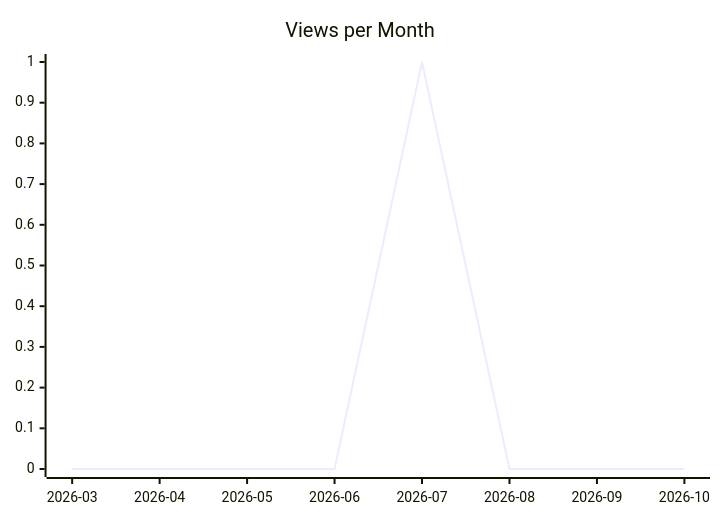
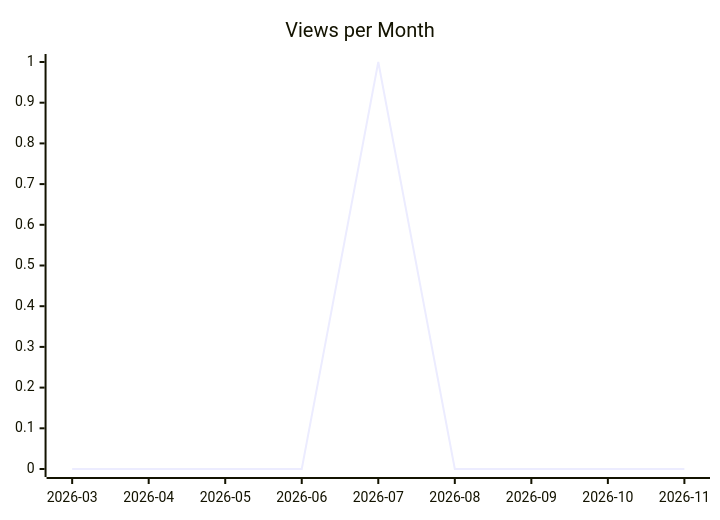
One commit to justdavis-family/github-analytics-data changed the second of 3 diagrams in karlmdavis/bbonfhir-dev-infra-docker/README.md. Above: the diagram before and after it, drawn with Mermaid. The commit also changed other lines of this file and 201 other files, not shown here.

````diff
--- a/karlmdavis/bbonfhir-dev-infra-docker/README.md
+++ b/karlmdavis/bbonfhir-dev-infra-docker/README.md
@@ -12,6 +12,6 @@
 ```mermaid
 xychart-beta
   title "Views per Month"
-  x-axis ["2026-03", "2026-04", "2026-05", "2026-06", "2026-07", "2026-08", "2026-09", "2026-10"]
-  line [0, 0, 0, 0, 1, 0, 0, 0]
+  x-axis ["2026-03", "2026-04", "2026-05", "2026-06", "2026-07", "2026-08", "2026-09", "2026-10", "2026-11"]
+  line [0, 0, 0, 0, 1, 0, 0, 0, 0]
 ```
````
